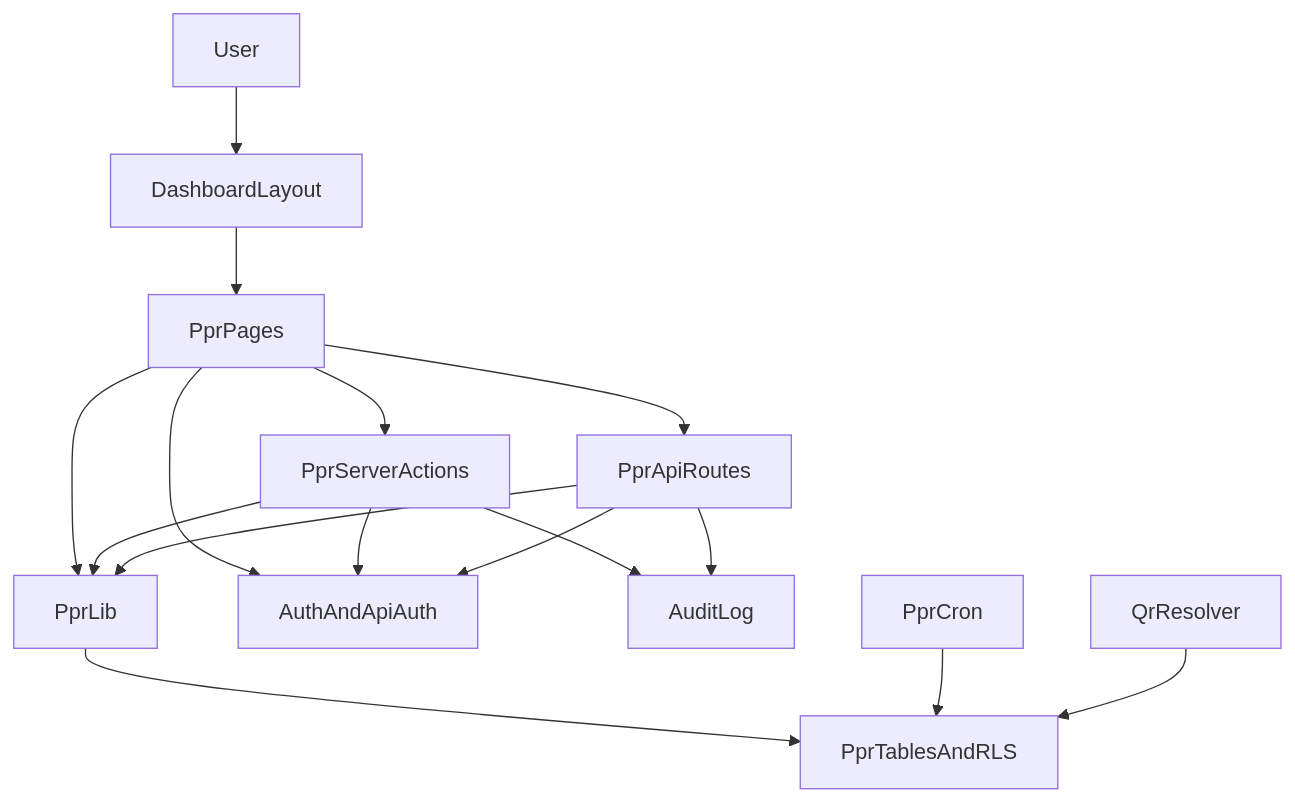
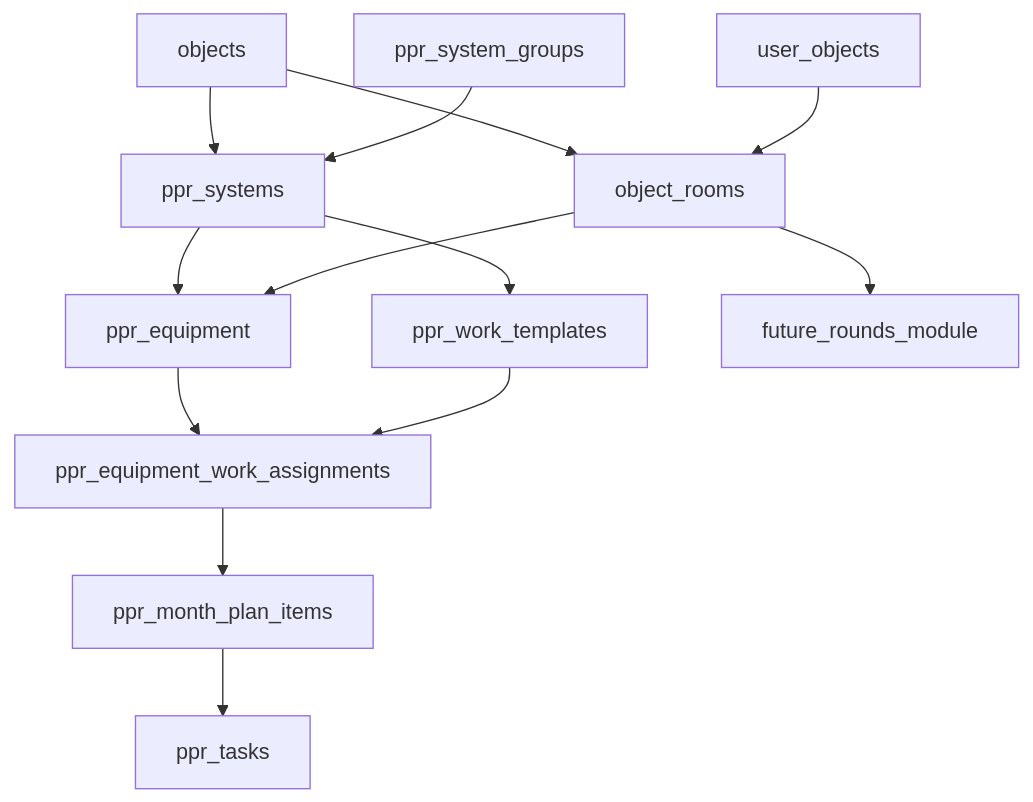
One commit to Niyaz199/unaittasks changed the diagram in docs/PPR_ARCHITECTURE.md. Above: the diagram before and after it, drawn with Mermaid. The commit also changed other lines of this file and 43 other files, not shown here.

Commit message:
Refactor PPR calendar architecture and planning flow

````diff
--- a/docs/PPR_ARCHITECTURE.md
+++ b/docs/PPR_ARCHITECTURE.md
@@ -1168,30 +56,27 @@
 ```mermaid
 flowchart TD
-  user[User]
-  dashboard[DashboardLayout]
-  pprPages[PprPages]
-  pprActions[PprServerActions]
-  pprApi[PprApiRoutes]
-  pprLib[PprLib]
-  auth[AuthAndApiAuth]
-  audit[AuditLog]
-  db[PprTablesAndRLS]
-  cron[PprCron]
-  qr[QrResolver]
+  objects[objects]
+  userObjects[user_objects]
+  objectRooms[object_rooms]
+  systemGroups[ppr_system_groups]
+  systems[ppr_systems]
+  equipment[ppr_equipment]
+  templates[ppr_work_templates]
+  assignments[ppr_equipment_work_assignments]
+  monthPlans[ppr_month_plan_items]
+  pprTasks[ppr_tasks]
+  rounds[future_rounds_module]
 
-  user --> dashboard
-  dashboard --> pprPages
-  pprPages --> auth
-  pprPages --> pprLib
-  pprPages --> pprActions
-  pprPages --> pprApi
-  pprActions --> auth
-  pprActions --> pprLib
-  pprActions --> audit
-  pprApi --> auth
-  pprApi --> pprLib
-  pprApi --> audit
-  pprLib --> db
-  cron --> db
-  qr --> db
+  objects --> objectRooms
+  userObjects --> objectRooms
+  objects --> systems
+  systemGroups --> systems
+  systems --> equipment
+  objectRooms --> equipment
+  systems --> templates
+  equipment --> assignments
+  templates --> assignments
+  assignments --> monthPlans
+  monthPlans --> pprTasks
+  objectRooms --> rounds
 ```
````
